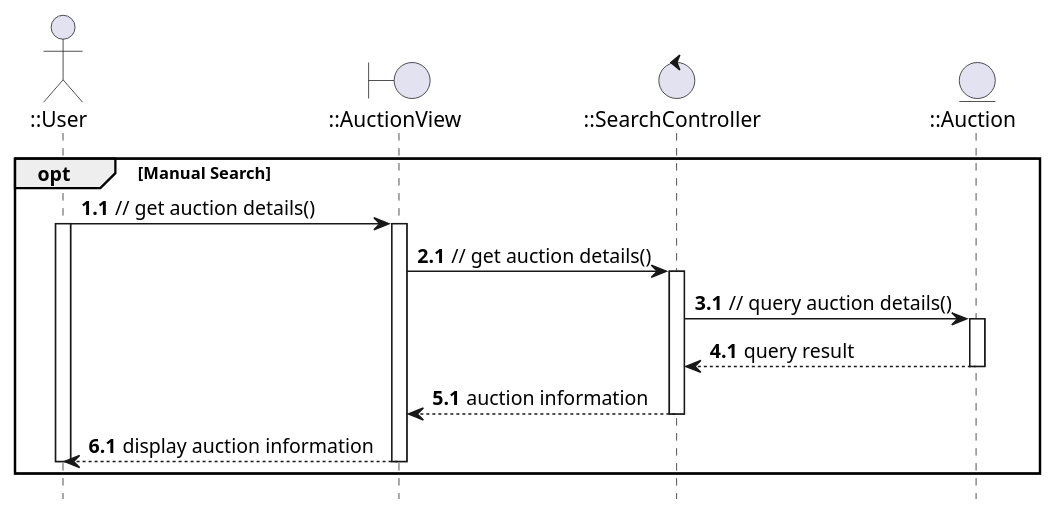
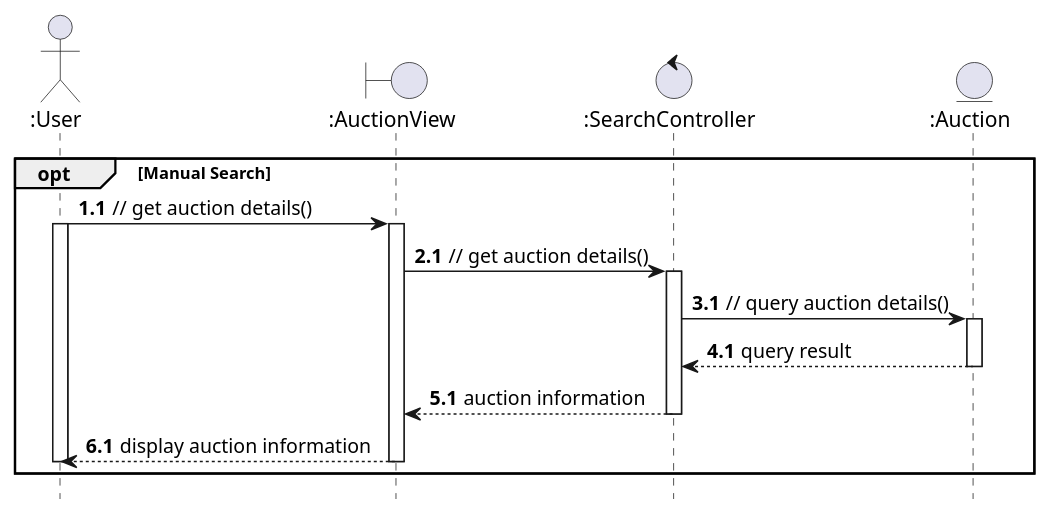
The diagram in uml/analysis/sequence/view_auction_information.pu (anhbanlinhle/velocity-exchange), drawn with PlantUML before and after one commit. The commit also changed 5 other files, not shown here.

```diff
--- a/uml/analysis/sequence/view_auction_information.pu
+++ b/uml/analysis/sequence/view_auction_information.pu
@@ -1,35 +1,35 @@
 @startuml
 hide footbox
 
-actor "::User" as User
-boundary "::AuctionView" as AuctionView
-control "::SearchController" as SearchController
-entity "::Auction" as Auction
+actor ":User" as User
+boundary ":AuctionView" as AuctionView
+control ":SearchController" as SearchController
+entity ":Auction" as Auction
 
 autonumber
 
 opt Manual Search
   autonumber 1.1
     User -> AuctionView: // get auction details()
     autonumber inc A
     activate User
     activate AuctionView
       AuctionView -> SearchController: // get auction details()
       autonumber inc A
       activate SearchController
         SearchController -> Auction: // query auction details()
           autonumber inc A
           activate Auction
             Auction --> SearchController: query result
             autonumber inc A
           deactivate Auction
         SearchController --> AuctionView: auction information
         autonumber inc A
       deactivate SearchController
       AuctionView --> User: display auction information
       autonumber inc A
     deactivate AuctionView
   deactivate User
 end
 
 @enduml
```
